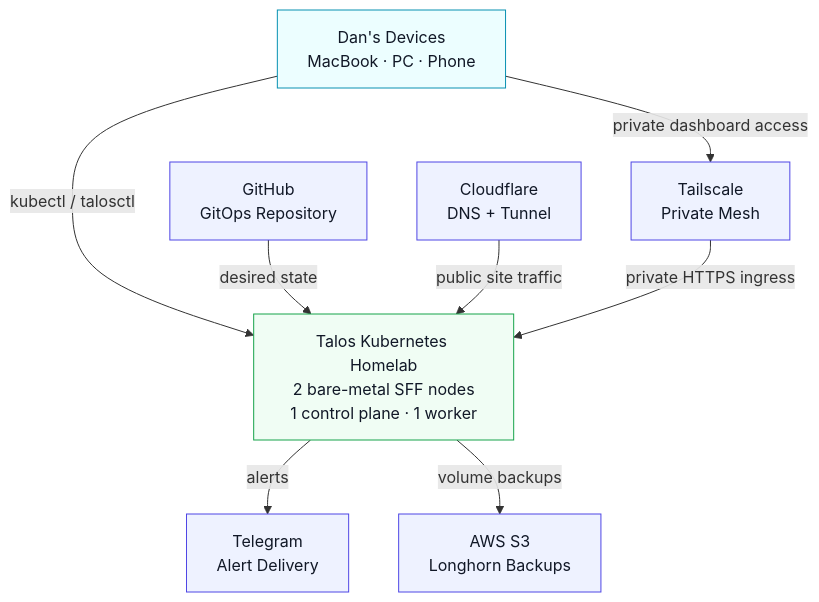
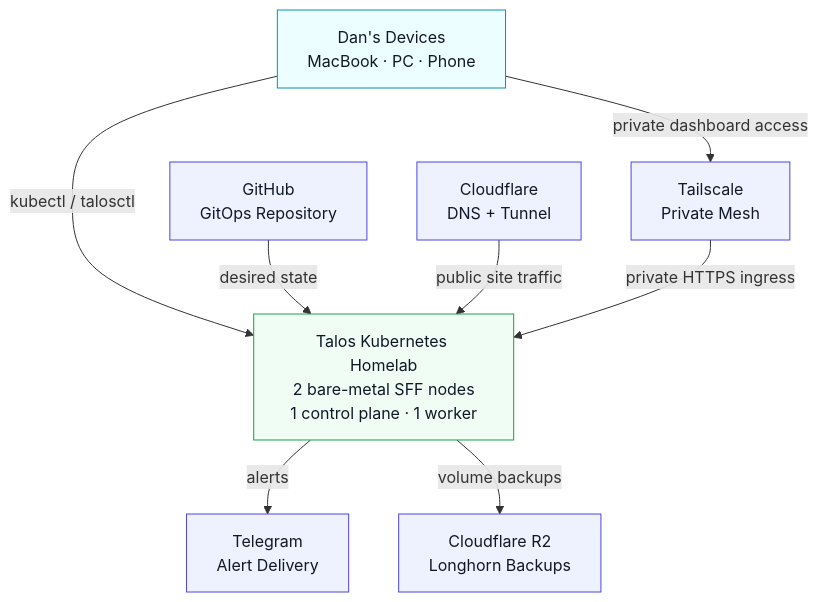
One commit to danieljcheung/talos-kubernetes-homelab changed the first of 2 diagrams in docs/14-architecture.md. Above: the diagram before and after it, drawn with Mermaid. The commit also changed other lines of this file and 10 other files, not shown here.

Commit message:
ops: prove Cozy Friends backups and schedule Longhorn protection

````diff
--- a/docs/14-architecture.md
+++ b/docs/14-architecture.md
@@ -7,27 +7,27 @@
 ```mermaid
 flowchart TB
   dan["Dan's Devices<br/>MacBook · PC · Phone"]
   github["GitHub<br/>GitOps Repository"]
   cloudflare["Cloudflare<br/>DNS + Tunnel"]
   tailscale["Tailscale<br/>Private Mesh"]
   telegram["Telegram<br/>Alert Delivery"]
-  s3["AWS S3<br/>Longhorn Backups"]
+  s3["Cloudflare R2<br/>Longhorn Backups"]
 
   homelab["Talos Kubernetes Homelab<br/>2 bare-metal SFF nodes<br/>1 control plane · 1 worker"]
 
   dan -->|kubectl / talosctl| homelab
   dan -->|private dashboard access| tailscale
   github -->|desired state| homelab
   cloudflare -->|public site traffic| homelab
   tailscale -->|private HTTPS ingress| homelab
   homelab -->|alerts| telegram
   homelab -->|volume backups| s3
 
   classDef external fill:#eef2ff,stroke:#4f46e5,color:#111827
   classDef user fill:#ecfeff,stroke:#0891b2,color:#111827
   classDef cluster fill:#f0fdf4,stroke:#16a34a,color:#111827
 
   class github,cloudflare,tailscale,telegram,s3 external
   class dan user
   class homelab cluster
 ```
````
